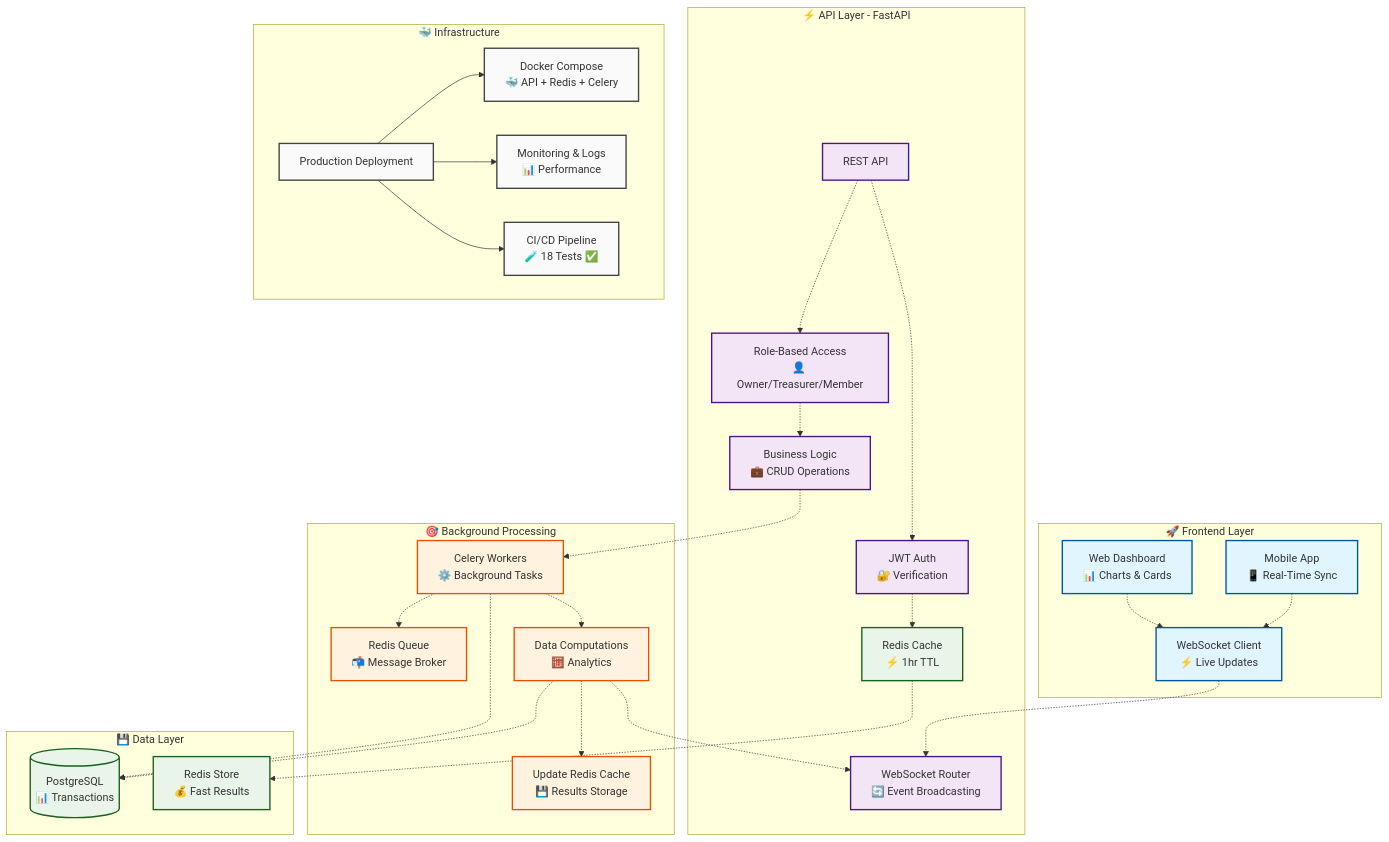
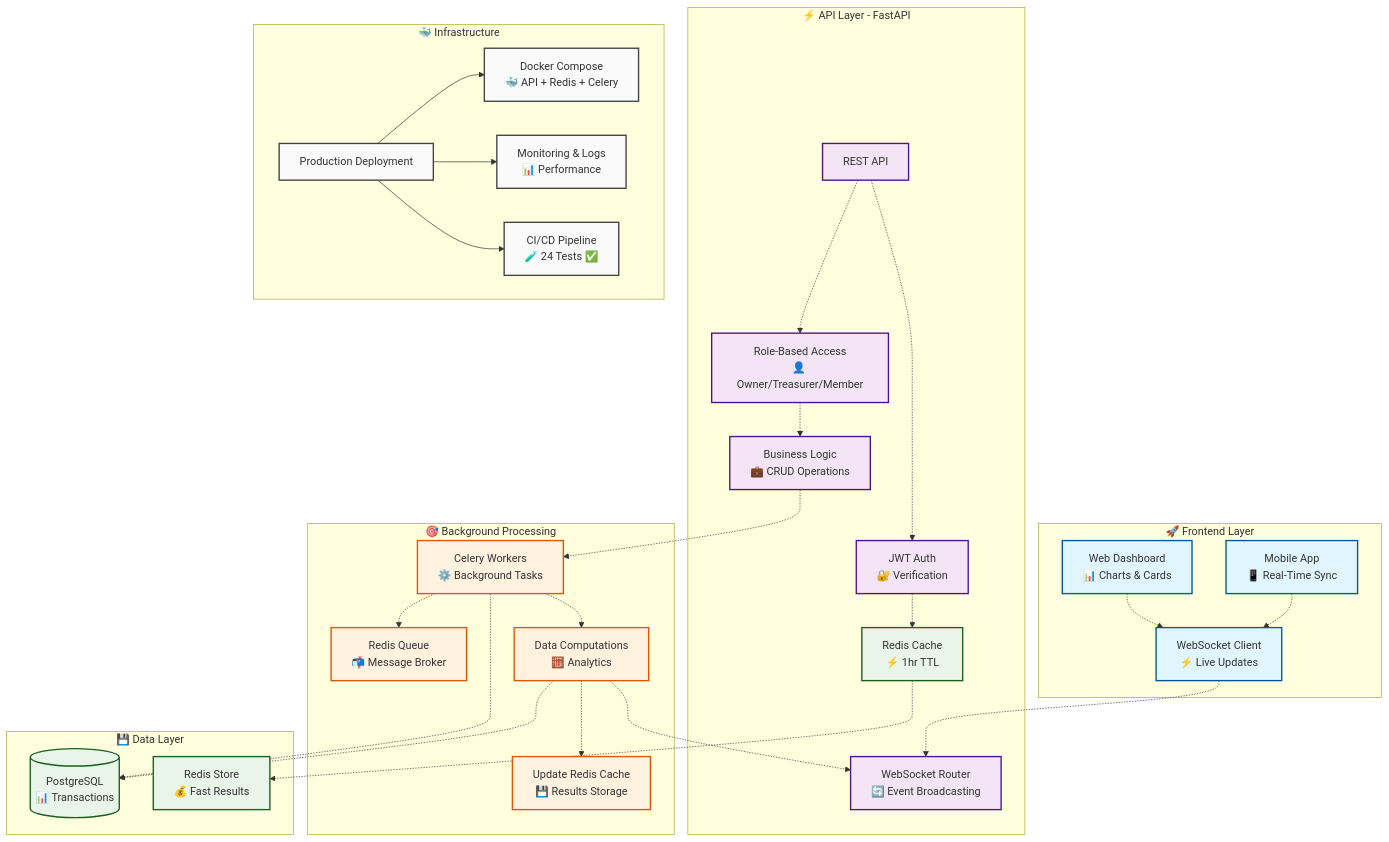
One commit to josiah-mbao/chama-wallet changed the diagram in README.md. Above: the diagram before and after it, drawn with Mermaid. The commit also changed other lines of this file, not shown here.

````diff
--- a/README.md
+++ b/README.md
@@ -50,49 +50,49 @@
 ```mermaid
 graph TB
     subgraph "🚀 Frontend Layer"
         WEB[Web Dashboard<br/>📊 Charts & Cards]
         MOB[Mobile App<br/>📱 Real-Time Sync]
         WEB & MOB -.-> WS[WebSocket Client<br/>⚡ Live Updates]
     end
 
     subgraph "⚡ API Layer - FastAPI"
         WS -.-> WS_HANDLER[WebSocket Router<br/>🔄 Event Broadcasting]
         REST[REST API] -.-> AUTH[JWT Auth<br/>🔐 Verification]
         REST -.-> RBAC[Role-Based Access<br/>👤 Owner/Treasurer/Member]
         AUTH -.-> CACHE[Redis Cache<br/>⚡ 1hr TTL]
         RBAC -.-> ROUTERS[Business Logic<br/>💼 CRUD Operations]
     end
 
     subgraph "🎯 Background Processing"
         ROUTERS -.-> CELERY[Celery Workers<br/>⚙️ Background Tasks]
         CELERY -.-> QUEUE[Redis Queue<br/>📬 Message Broker]
         CELERY -.-> COMPUTE[Data Computations<br/>🧮 Analytics]
         COMPUTE -.-> UPDATE_CACHE[Update Redis Cache<br/>💾 Results Storage]
         COMPUTE -.-> WS_HANDLER
     end
 
     subgraph "💾 Data Layer"
         CELERY -.-> DB[(PostgreSQL<br/>📊 Transactions)]
         COMPUTE -.-> DB
         CACHE -.-> CACHE_STORE[Redis Store<br/>💰 Fast Results]
     end
 
     subgraph "🐳 Infrastructure"
         PROD[Production Deployment]
         PROD --> DOCKER[Docker Compose<br/>🐳 API + Redis + Celery]
         PROD --> MONITOR[Monitoring & Logs<br/>📊 Performance]
-        PROD --> TESTS[CI/CD Pipeline<br/>🧪 18 Tests ✅]
+        PROD --> TESTS[CI/CD Pipeline<br/>🧪 24 Tests ✅]
     end
 
     classDef frontend fill:#e1f5fe,stroke:#01579b,stroke-width:2px
     classDef api fill:#f3e5f5,stroke:#4a148c,stroke-width:2px
     classDef processing fill:#fff3e0,stroke:#e65100,stroke-width:2px
     classDef data fill:#e8f5e8,stroke:#1b5e20,stroke-width:2px
     classDef infra fill:#fafafa,stroke:#424242,stroke-width:2px
 
     class WEB,MOB,WS frontend
     class WS_HANDLER,REST,AUTH,RBAC,ROUTERS api
     class CELERY,QUEUE,COMPUTE,UPDATE_CACHE processing
     class DB,CACHE,CACHE_STORE data
     class PROD,DOCKER,MONITOR,TESTS infra
 ```
````
